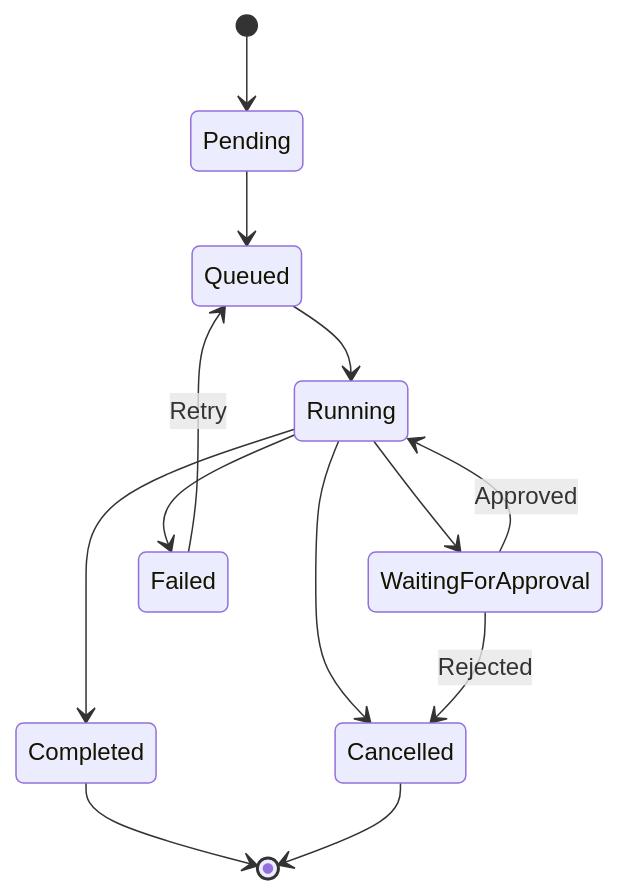
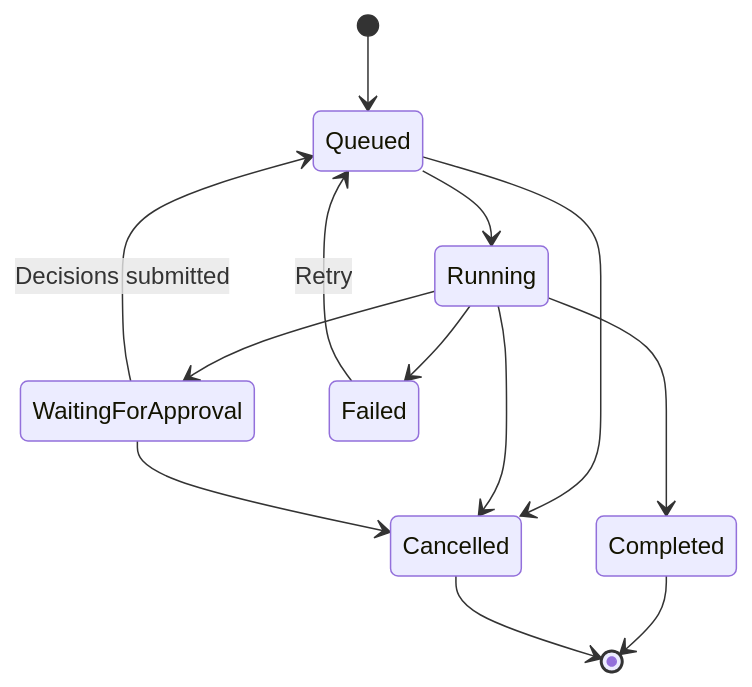
Before and after one commit to thuongdv/qualiforge-ai: the third of 4 diagrams in docs/architecture/ARCHITECTURE.md, drawn with Mermaid. The commit also changed other lines of this file and 5 other files, not shown here.

First line of the commit message:
Apply architecture decisions to ARCHITECTURE.md as v0.2.0

````diff
--- a/docs/architecture/ARCHITECTURE.md
+++ b/docs/architecture/ARCHITECTURE.md
@@ -494,15 +401,15 @@
 ```mermaid
 stateDiagram-v2
-    [*] --> Pending
-    Pending --> Queued
+    [*] --> Queued
     Queued --> Running
     Running --> WaitingForApproval
     Running --> Completed
     Running --> Failed
+    WaitingForApproval --> Queued: Decisions submitted
+    Failed --> Queued: Retry
+    Queued --> Cancelled
     Running --> Cancelled
-    WaitingForApproval --> Running: Approved
-    WaitingForApproval --> Cancelled: Rejected
-    Failed --> Queued: Retry
+    WaitingForApproval --> Cancelled
     Completed --> [*]
     Cancelled --> [*]
 ```
````
